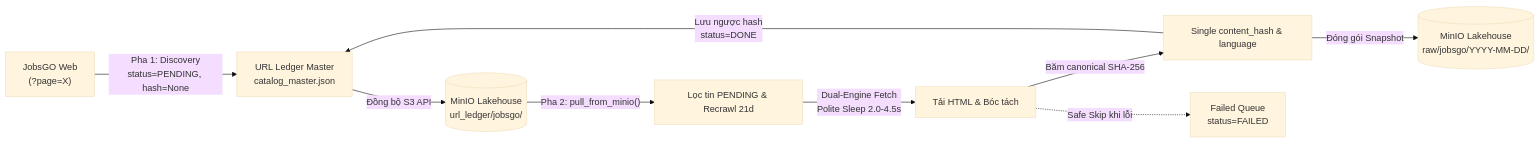
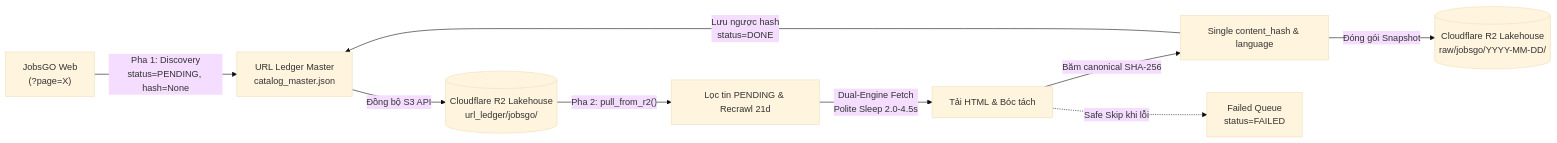
One commit to Archduker/VN-IT-Job-Mining changed the diagram in docs/crawl/jobsgo.md. Above: the diagram before and after it, drawn with Mermaid (base theme). The commit also changed other lines of this file and 126 other files, not shown here.

````diff
--- a/docs/crawl/jobsgo.md
+++ b/docs/crawl/jobsgo.md
@@ -38,11 +38,11 @@
 ```mermaid
 flowchart LR
     A["JobsGO Web<br/>(?page=X)"] -->|"Pha 1: Discovery<br/>status=PENDING, hash=None"| B["URL Ledger Master<br/>catalog_master.json"]
-    B -->|"Đồng bộ S3 API"| C[("MinIO Lakehouse<br/>url_ledger/jobsgo/")]
-    C -->|"Pha 2: pull_from_minio()"| D["Lọc tin PENDING & Recrawl 21d"]
+    B -->|"Đồng bộ S3 API"| C[("Cloudflare R2 Lakehouse<br/>url_ledger/jobsgo/")]
+    C -->|"Pha 2: pull_from_r2()"| D["Lọc tin PENDING & Recrawl 21d"]
     D -->|"Dual-Engine Fetch<br/>Polite Sleep 2.0-4.5s"| E["Tải HTML & Bóc tách"]
     E -->|"Băm canonical SHA-256"| F["Single content_hash & language"]
-    F -->|"Đóng gói Snapshot"| G[("MinIO Lakehouse<br/>raw/jobsgo/YYYY-MM-DD/")]
+    F -->|"Đóng gói Snapshot"| G[("Cloudflare R2 Lakehouse<br/>raw/jobsgo/YYYY-MM-DD/")]
     F -->|"Lưu ngược hash<br/>status=DONE"| B
     E -.->|"Safe Skip khi lỗi"| H["Failed Queue<br/>status=FAILED"]
 ```
````
